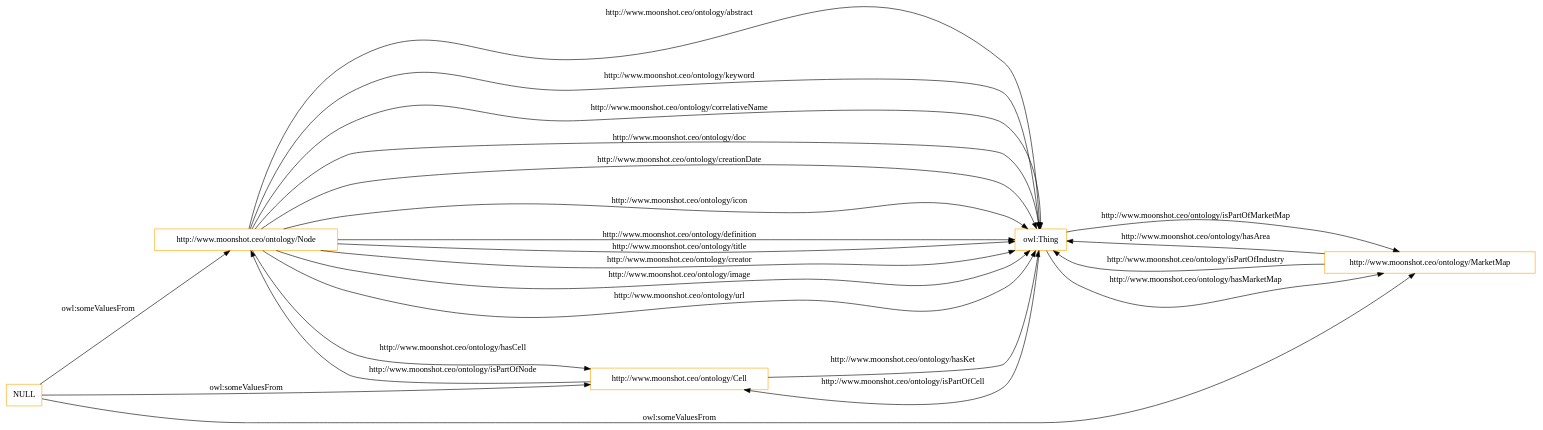
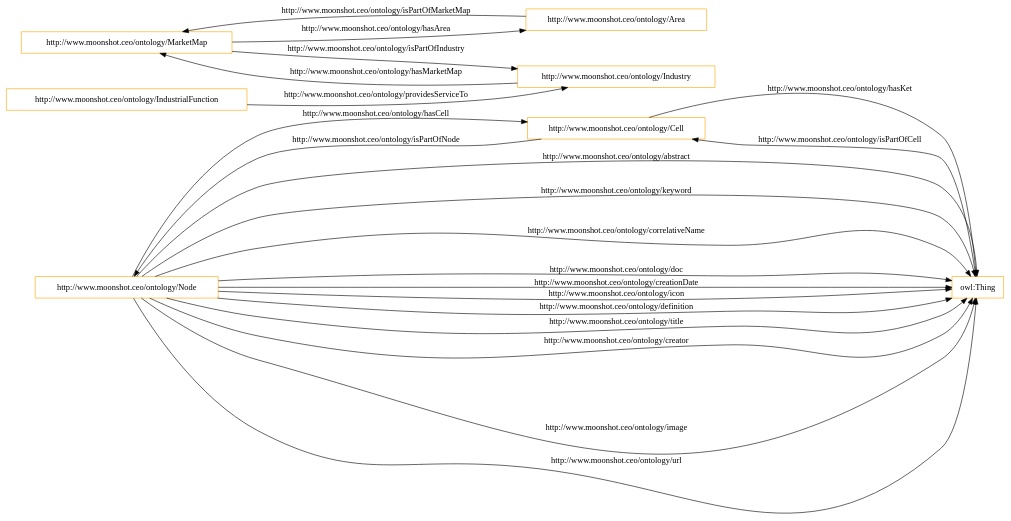
Before and after one commit to oeg-upm/IEBrain: the diagram in OnToology/iebrain-core.owl/diagrams/ar2dtool-class/iebrain-core.owl.png.dot, drawn with Graphviz. The commit also changed 54 other files, not shown here.

```diff
--- a/OnToology/iebrain-core.owl/diagrams/ar2dtool-class/iebrain-core.owl.png.dot
+++ b/OnToology/iebrain-core.owl/diagrams/ar2dtool-class/iebrain-core.owl.png.dot
@@ -1,28 +1,26 @@
 digraph ar2dtool_diagram { 
 rankdir=LR;
 size="1501"
-node [shape = rectangle, color="orange"]; "http://www.moonshot.ceo/ontology/Node" "http://www.moonshot.ceo/ontology/MarketMap" "http://www.moonshot.ceo/ontology/Cell" "owl:Thing" ; /*classes style*/
-	"NULL" -> "http://www.moonshot.ceo/ontology/Cell" [ label = "owl:someValuesFrom" ];
-	"NULL" -> "http://www.moonshot.ceo/ontology/Node" [ label = "owl:someValuesFrom" ];
-	"NULL" -> "http://www.moonshot.ceo/ontology/MarketMap" [ label = "owl:someValuesFrom" ];
+node [shape = rectangle, color="orange"]; "http://www.moonshot.ceo/ontology/Node" "http://www.moonshot.ceo/ontology/MarketMap" "http://www.moonshot.ceo/ontology/Industry" "http://www.moonshot.ceo/ontology/IndustrialFunction" "http://www.moonshot.ceo/ontology/Cell" "http://www.moonshot.ceo/ontology/Area" "owl:Thing" ; /*classes style*/
+	"http://www.moonshot.ceo/ontology/IndustrialFunction" -> "http://www.moonshot.ceo/ontology/Industry" [ label = "http://www.moonshot.ceo/ontology/providesServiceTo" ];
 	"http://www.moonshot.ceo/ontology/Node" -> "owl:Thing" [ label = "http://www.moonshot.ceo/ontology/abstract" ];
 	"http://www.moonshot.ceo/ontology/Node" -> "owl:Thing" [ label = "http://www.moonshot.ceo/ontology/keyword" ];
 	"http://www.moonshot.ceo/ontology/Node" -> "owl:Thing" [ label = "http://www.moonshot.ceo/ontology/correlativeName" ];
 	"http://www.moonshot.ceo/ontology/Node" -> "owl:Thing" [ label = "http://www.moonshot.ceo/ontology/doc" ];
 	"http://www.moonshot.ceo/ontology/Cell" -> "http://www.moonshot.ceo/ontology/Node" [ label = "http://www.moonshot.ceo/ontology/isPartOfNode" ];
-	"owl:Thing" -> "http://www.moonshot.ceo/ontology/MarketMap" [ label = "http://www.moonshot.ceo/ontology/hasMarketMap" ];
+	"http://www.moonshot.ceo/ontology/Industry" -> "http://www.moonshot.ceo/ontology/MarketMap" [ label = "http://www.moonshot.ceo/ontology/hasMarketMap" ];
 	"http://www.moonshot.ceo/ontology/Node" -> "owl:Thing" [ label = "http://www.moonshot.ceo/ontology/creationDate" ];
 	"http://www.moonshot.ceo/ontology/Node" -> "owl:Thing" [ label = "http://www.moonshot.ceo/ontology/icon" ];
-	"owl:Thing" -> "http://www.moonshot.ceo/ontology/MarketMap" [ label = "http://www.moonshot.ceo/ontology/isPartOfMarketMap" ];
+	"http://www.moonshot.ceo/ontology/Area" -> "http://www.moonshot.ceo/ontology/MarketMap" [ label = "http://www.moonshot.ceo/ontology/isPartOfMarketMap" ];
 	"http://www.moonshot.ceo/ontology/Node" -> "http://www.moonshot.ceo/ontology/Cell" [ label = "http://www.moonshot.ceo/ontology/hasCell" ];
 	"owl:Thing" -> "http://www.moonshot.ceo/ontology/Cell" [ label = "http://www.moonshot.ceo/ontology/isPartOfCell" ];
 	"http://www.moonshot.ceo/ontology/Cell" -> "owl:Thing" [ label = "http://www.moonshot.ceo/ontology/hasKet" ];
-	"http://www.moonshot.ceo/ontology/MarketMap" -> "owl:Thing" [ label = "http://www.moonshot.ceo/ontology/hasArea" ];
+	"http://www.moonshot.ceo/ontology/MarketMap" -> "http://www.moonshot.ceo/ontology/Area" [ label = "http://www.moonshot.ceo/ontology/hasArea" ];
 	"http://www.moonshot.ceo/ontology/Node" -> "owl:Thing" [ label = "http://www.moonshot.ceo/ontology/definition" ];
-	"http://www.moonshot.ceo/ontology/MarketMap" -> "owl:Thing" [ label = "http://www.moonshot.ceo/ontology/isPartOfIndustry" ];
+	"http://www.moonshot.ceo/ontology/MarketMap" -> "http://www.moonshot.ceo/ontology/Industry" [ label = "http://www.moonshot.ceo/ontology/isPartOfIndustry" ];
 	"http://www.moonshot.ceo/ontology/Node" -> "owl:Thing" [ label = "http://www.moonshot.ceo/ontology/title" ];
 	"http://www.moonshot.ceo/ontology/Node" -> "owl:Thing" [ label = "http://www.moonshot.ceo/ontology/creator" ];
 	"http://www.moonshot.ceo/ontology/Node" -> "owl:Thing" [ label = "http://www.moonshot.ceo/ontology/image" ];
 	"http://www.moonshot.ceo/ontology/Node" -> "owl:Thing" [ label = "http://www.moonshot.ceo/ontology/url" ];
 
 }
```
